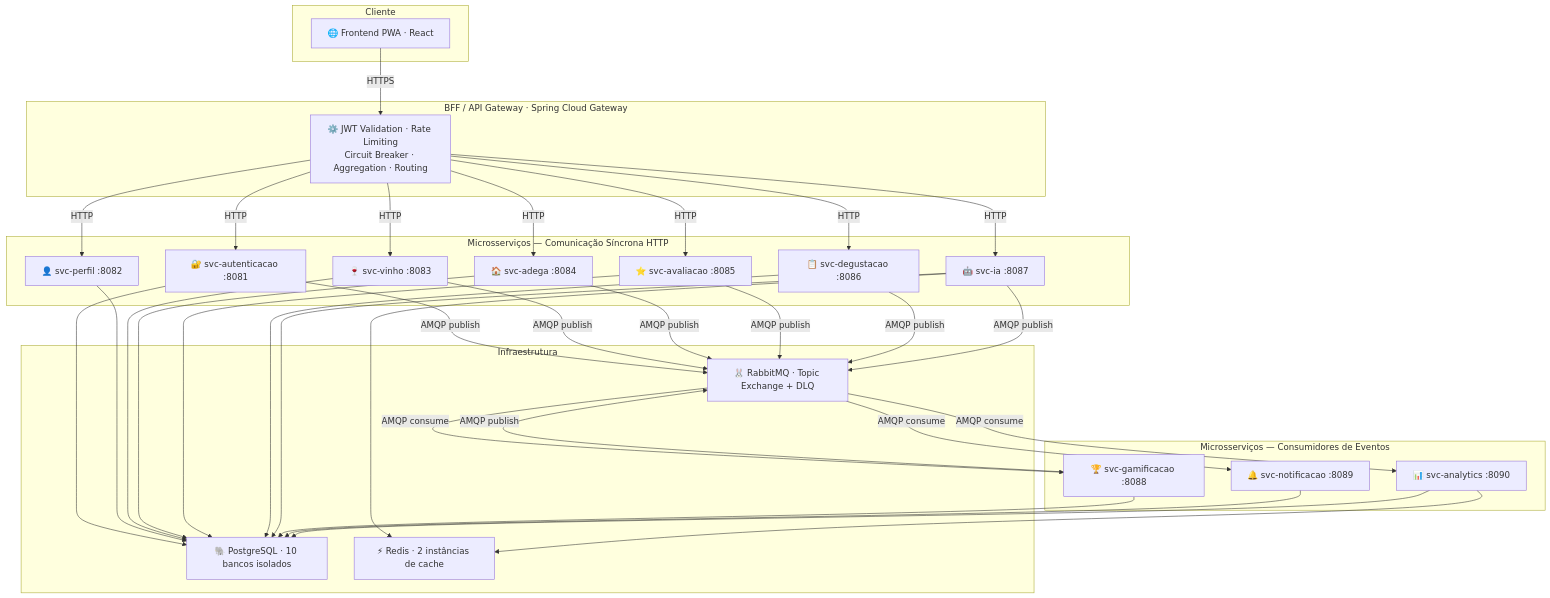
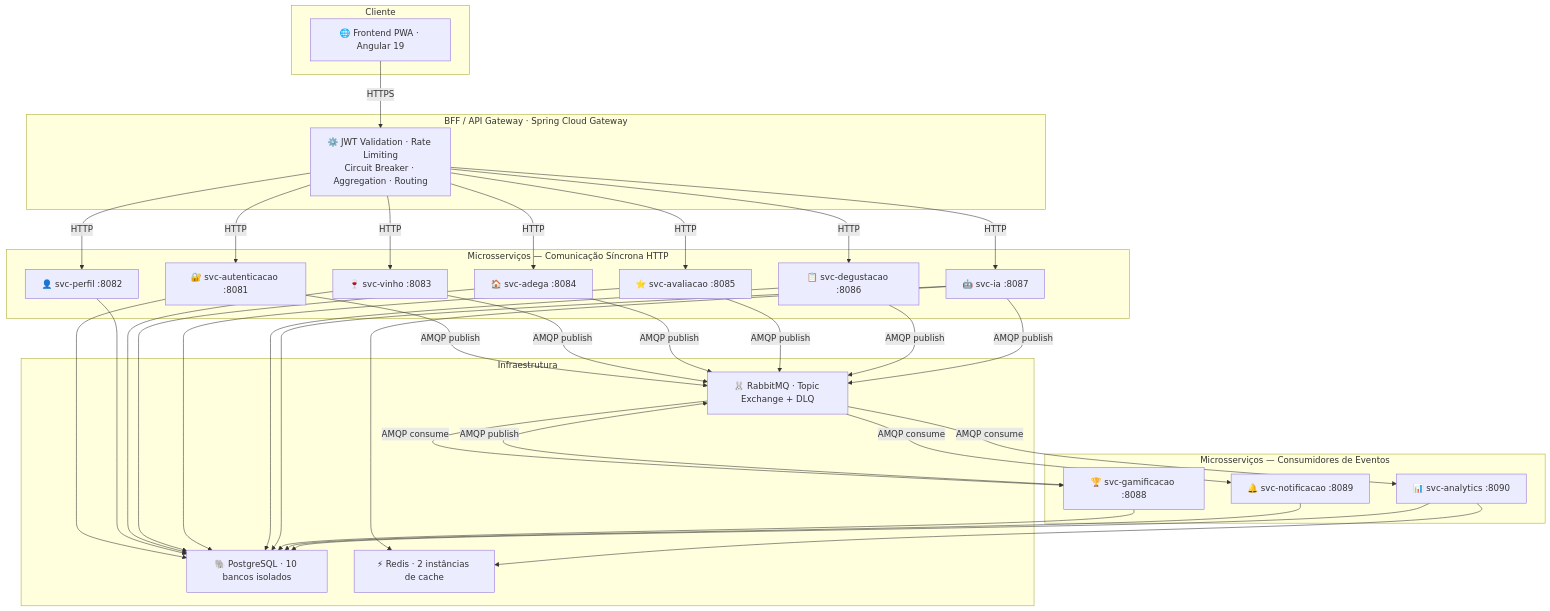
The first of 11 diagrams in docs/arquitetura/Arquitetura_de_Backend.md (vanderleik/vinho-notas-v2), drawn with Mermaid before and after one commit. The commit also changed other lines of this file and 14 other files, not shown here.

````diff
--- a/docs/arquitetura/Arquitetura_de_Backend.md
+++ b/docs/arquitetura/Arquitetura_de_Backend.md
@@ -13,42 +13,42 @@
 ```mermaid
 graph TD
     subgraph CLIENT["Cliente"]
-        FE["🌐 Frontend PWA · React"]
+    FE["🌐 Frontend PWA · Angular 19"]
     end
 
     subgraph GATEWAY["BFF / API Gateway · Spring Cloud Gateway"]
         GW["⚙️ JWT Validation · Rate Limiting\nCircuit Breaker · Aggregation · Routing"]
     end
 
     subgraph SYNC["Microsserviços — Comunicação Síncrona HTTP"]
         S1["🔐 svc-autenticacao :8081"]
         S2["👤 svc-perfil :8082"]
         S3["🍷 svc-vinho :8083"]
         S4["🏠 svc-adega :8084"]
         S5["⭐ svc-avaliacao :8085"]
         S6["📋 svc-degustacao :8086"]
         S7["🤖 svc-ia :8087"]
     end
 
     subgraph ASYNC["Microsserviços — Consumidores de Eventos"]
         S8["🏆 svc-gamificacao :8088"]
         S9["🔔 svc-notificacao :8089"]
         S10["📊 svc-analytics :8090"]
     end
 
     subgraph INFRA["Infraestrutura"]
         MQ["🐰 RabbitMQ · Topic Exchange + DLQ"]
         PG["🐘 PostgreSQL · 10 bancos isolados"]
         RD["⚡ Redis · 2 instâncias de cache"]
     end
 
     FE -->|HTTPS| GW
     GW -->|HTTP| S1 & S2 & S3 & S4 & S5 & S6 & S7
 
     S1 & S3 & S4 & S5 & S6 & S7 -->|AMQP publish| MQ
     MQ -->|AMQP consume| S8 & S9 & S10
     S8 -->|AMQP publish| MQ
 
     S1 & S2 & S3 & S4 & S5 & S6 & S7 & S8 & S9 & S10 --> PG
     S7 & S10 --> RD
 ```
````
